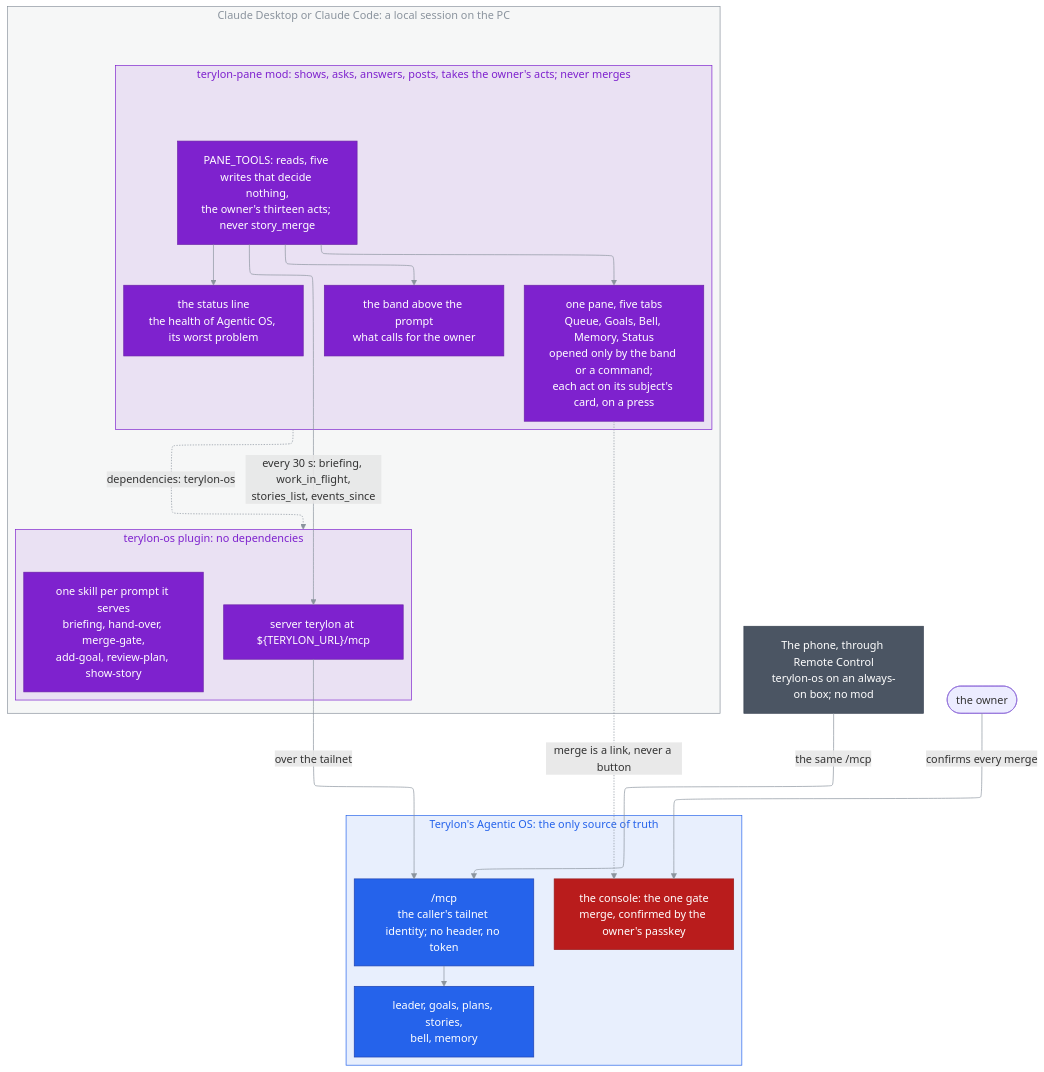
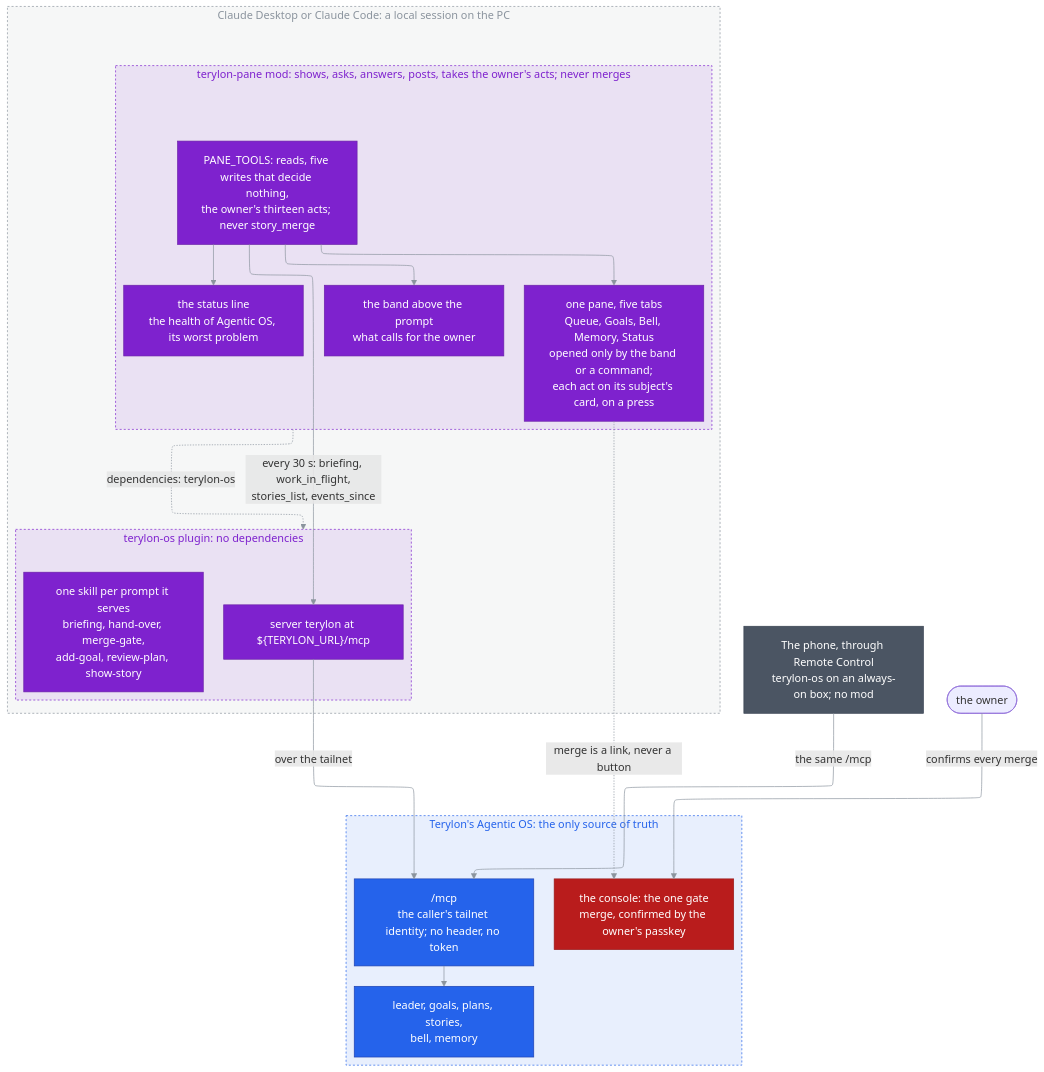
Before and after one commit to janecekvit/terylon-marketplace: the second of 2 diagrams in docs/architecture/README.md, drawn with Mermaid. The commit also changed other lines of this file and 7 other files, not shown here.

Commit message:
Find HTML comments by position in the history check; add the owner's diagram rules: a style per subgraph with its colour and a dashed stroke, dense pictures split in two, translucent sequence boxes

````diff
--- a/docs/architecture/README.md
+++ b/docs/architecture/README.md
@@ -107,72 +107,72 @@
 ```mermaid
 flowchart TD
 %%{init: {"layout": "elk", "flowchart": {"padding": 16}}}%%
 %% terylon-os and its mod terylon-pane: how a session reaches Terylon's Agentic OS, the owner's
 %% acts the pane takes on their cards, and why merge, the one gate, stays in the console.
 %% The source of truth is this block: edit it here; nothing is generated from it.
 %% Why every surface goes through the one /mcp: one-source-of-truth-reached-from-two-places.md.
     %% One colour per kind, the palette of .claude/rules/markdown.md: Terylon's own plugins (purple),
     %% Agentic OS (blue), the gate (red), the phone (grey); the owner takes the theme's.
     %% No theme is set, so GitHub draws the block in its light or dark theme.
     classDef terylon fill:#7E22CE,stroke:#6B21A8,color:#FFFFFF
     classDef service fill:#2563EB,stroke:#1E40AF,color:#FFFFFF
     classDef gate fill:#B91C1C,stroke:#991B1B,color:#FFFFFF
     classDef external fill:#4B5563,stroke:#374151,color:#FFFFFF
 
     subgraph session ["Claude Desktop or Claude Code: a local session on the PC"]
         subgraph os ["terylon-os plugin: no dependencies"]
             %% The variable is drawn as written: Mermaid substitutes nothing inside a label.
             server["server terylon at ${TERYLON_URL}/mcp"]:::terylon
             skills["`one skill per prompt it serves
 briefing, hand-over, merge-gate,
 add-goal, review-plan, show-story`"]:::terylon
         end
 
         subgraph pane ["terylon-pane mod: shows, asks, answers, posts, takes the owner's acts; never merges"]
             allowList["`PANE_TOOLS: reads, five writes that decide nothing,
 the owner's thirteen acts; never story_merge`"]:::terylon
             band["`the band above the prompt
 what calls for the owner`"]:::terylon
             statusLine["`the status line
 the health of Agentic OS, its worst problem`"]:::terylon
             tabs["`one pane, five tabs
 Queue, Goals, Bell, Memory, Status
 opened only by the band or a command;
 each act on its subject's card, on a press`"]:::terylon
         end
     end
 
     phone["`The phone, through Remote Control
 terylon-os on an always-on box; no mod`"]:::external
 
     subgraph terylon ["Terylon's Agentic OS: the only source of truth"]
         mcp["`/mcp
 the caller's tailnet identity; no header, no token`"]:::service
         leader["`leader, goals, plans, stories,
 bell, memory`"]:::service
         console["`the console: the one gate
 merge, confirmed by the owner's passkey`"]:::gate
     end
 
     %% No class: the theme colours the owner, so it stays readable in light and dark mode alike.
     person(["the owner"])
 
     pane -.->|"dependencies: terylon-os"| os
     server -->|"over the tailnet"| mcp
     allowList -->|"`every 30 s: briefing, work_in_flight,
 stories_list, events_since`"| server
     allowList --> band
     allowList --> statusLine
     allowList --> tabs
     tabs -.->|"merge is a link, never a button"| console
     phone -->|"the same /mcp"| mcp
     mcp --> leader
     person -->|"confirms every merge"| console
 
     %% The session is the large area, so its fill is the fainter 14.
-    style session fill:#8B949E14,stroke:#8B949E,color:#8B949E
-    style os fill:#7E22CE1A,stroke:#7E22CE,color:#7E22CE
-    style pane fill:#7E22CE1A,stroke:#7E22CE,color:#7E22CE
-    style terylon fill:#2563EB1A,stroke:#2563EB,color:#2563EB
+    style session fill:#8B949E14,stroke:#8B949E,color:#8B949E,stroke-dasharray:3 3
+    style os fill:#7E22CE1A,stroke:#7E22CE,color:#7E22CE,stroke-dasharray:3 3
+    style pane fill:#7E22CE1A,stroke:#7E22CE,color:#7E22CE,stroke-dasharray:3 3
+    style terylon fill:#2563EB1A,stroke:#2563EB,color:#2563EB,stroke-dasharray:3 3
     linkStyle default stroke:#8B949E
 ```
````
